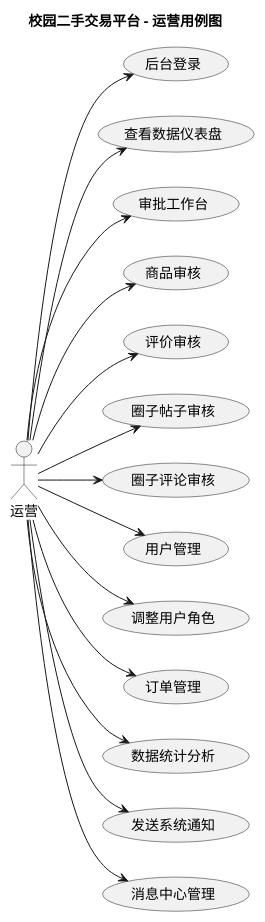
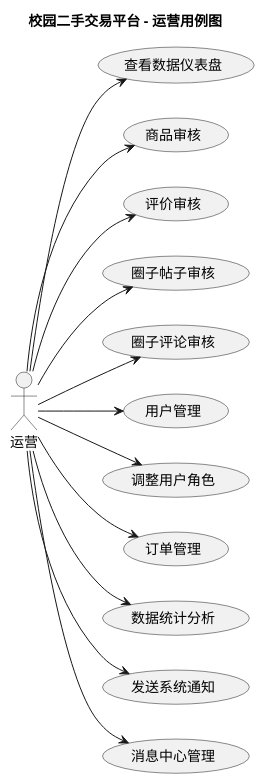
One commit to RYELOBE/hmapp01 changed the diagram in docs/usecase-operator.puml. Above: the diagram before and after it, drawn with PlantUML.

Commit message:
feat: 项目代码业务逻辑与技术文档

```diff
--- a/docs/usecase-operator.puml
+++ b/docs/usecase-operator.puml
@@ -1,39 +1,35 @@
 @startuml
 left to right direction
 skinparam backgroundColor #FFFFFF
 skinparam shadowing false
 skinparam roundcorner 8
 
 title 校园二手交易平台 - 运营用例图
 
 actor "运营" as operator
 
-usecase "后台登录" as UC1
-usecase "查看数据仪表盘" as UC2
-usecase "审批工作台" as UC3
-usecase "商品审核" as UC4
-usecase "评价审核" as UC5
-usecase "圈子帖子审核" as UC6
-usecase "圈子评论审核" as UC7
-usecase "用户管理" as UC8
-usecase "调整用户角色" as UC9
-usecase "订单管理" as UC10
-usecase "数据统计分析" as UC11
-usecase "发送系统通知" as UC12
-usecase "消息中心管理" as UC13
+usecase "查看数据仪表盘" as UC1
+usecase "商品审核" as UC2
+usecase "评价审核" as UC3
+usecase "圈子帖子审核" as UC4
+usecase "圈子评论审核" as UC5
+usecase "用户管理" as UC6
+usecase "调整用户角色" as UC7
+usecase "订单管理" as UC8
+usecase "数据统计分析" as UC9
+usecase "发送系统通知" as UC10
+usecase "消息中心管理" as UC11
 
 operator --> UC1
 operator --> UC2
 operator --> UC3
 operator --> UC4
 operator --> UC5
 operator --> UC6
 operator --> UC7
 operator --> UC8
 operator --> UC9
 operator --> UC10
 operator --> UC11
-operator --> UC12
-operator --> UC13
 
 @enduml
```
